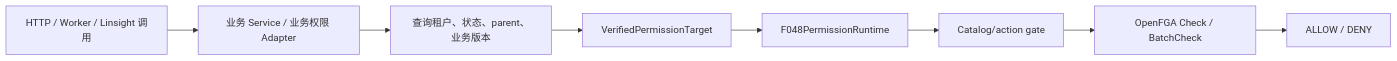
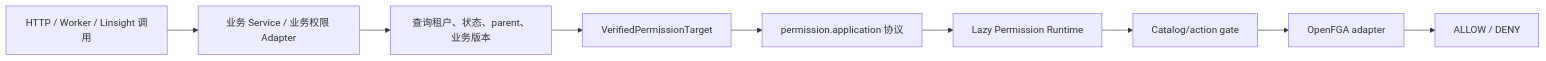
The first of 3 diagrams in docs/architecture/10-permission-rbac.md (dataelement/bisheng), drawn with Mermaid before and after one commit. The commit also changed other lines of this file and 92 other files, not shown here.

Commit message:
refactor(permission): expose lazy application runtime

````diff
--- a/docs/architecture/10-permission-rbac.md
+++ b/docs/architecture/10-permission-rbac.md
@@ -67,10 +67,11 @@
 ```mermaid
 flowchart LR
     A["HTTP / Worker / Linsight 调用"] --> B["业务 Service / 业务权限 Adapter"]
     B --> C["查询租户、状态、parent、业务版本"]
     C --> D["VerifiedPermissionTarget"]
-    D --> E["F048PermissionRuntime"]
-    E --> F["Catalog/action gate"]
-    F --> G["OpenFGA Check / BatchCheck"]
-    G --> H["ALLOW / DENY"]
+    D --> E["permission.application 协议"]
+    E --> F["Lazy Permission Runtime"]
+    F --> G["Catalog/action gate"]
+    G --> H["OpenFGA adapter"]
+    H --> I["ALLOW / DENY"]
 ```
````
